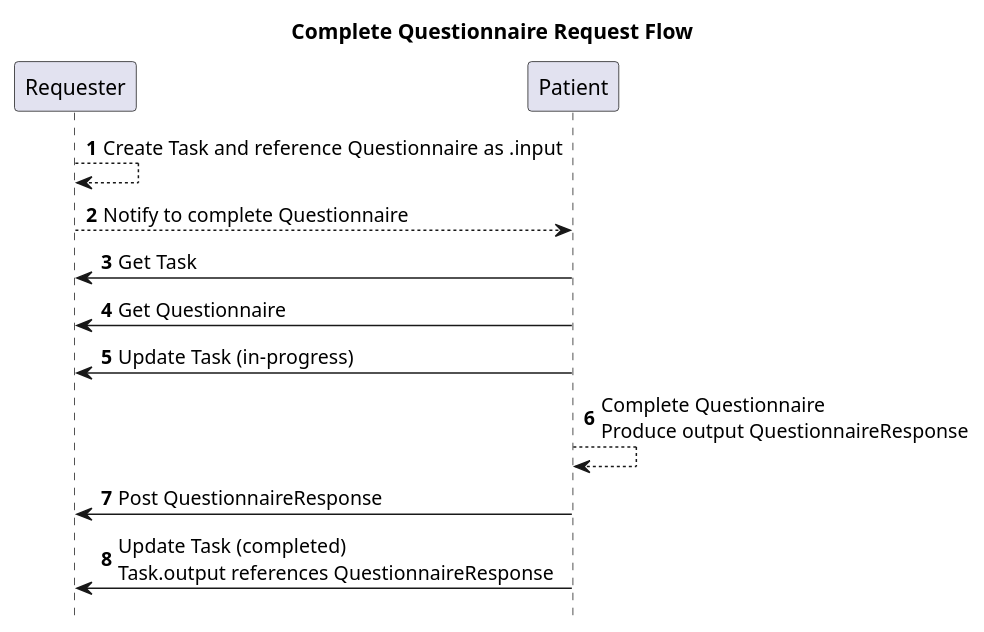
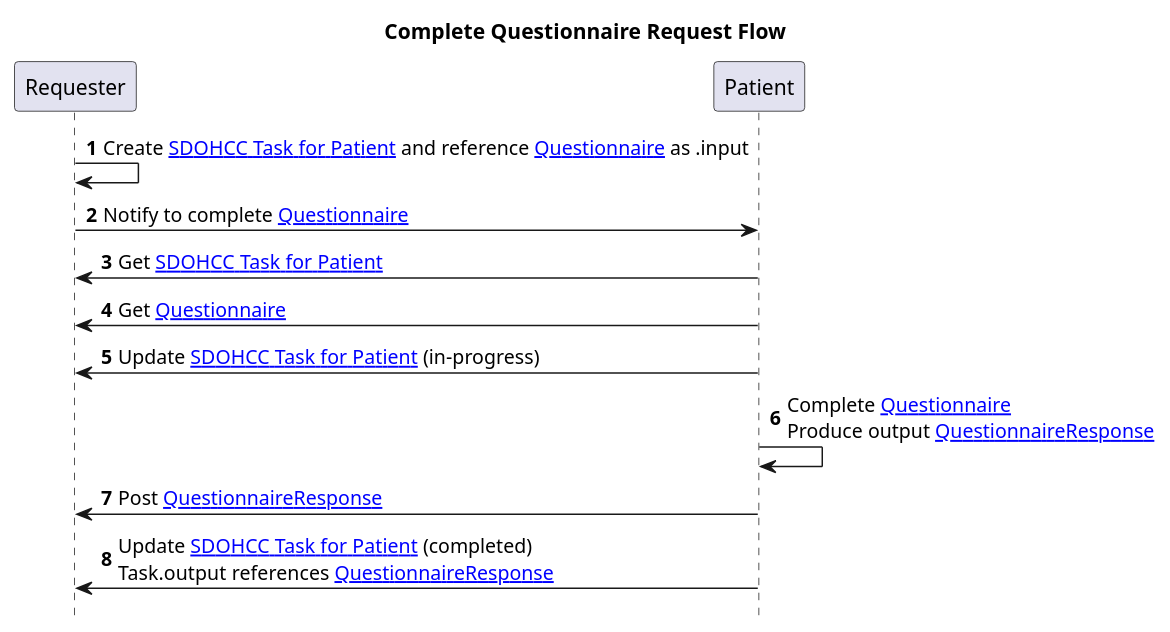
The diagram in input/images-source/CompleteQuestionnaireRequest.plantuml (HL7/fhir-sdoh-clinicalcare), drawn with PlantUML before and after one commit. The commit also changed 21 other files, not shown here.

Commit message:
Additional Diagram updates

```diff
--- a/input/images-source/CompleteQuestionnaireRequest.plantuml
+++ b/input/images-source/CompleteQuestionnaireRequest.plantuml
@@ -1,19 +1,19 @@
 @startuml
 /'!theme bluegray'/
 title Complete Questionnaire Request Flow
 
 participant "Requester" as A
 participant "Patient" as B
 
 autonumber
-A --> A : Create Task and reference Questionnaire as .input
-A --> B : Notify to complete Questionnaire
-A <- B : Get Task
-A <- B : Get Questionnaire
-A <- B : Update Task (in-progress)
-B --> B : Complete Questionnaire\nProduce output QuestionnaireResponse
-A <- B : Post QuestionnaireResponse
-A <- B : Update Task (completed)\nTask.output references QuestionnaireResponse
+A -> A : Create [[StructureDefinition-SDOHCC-TaskForPatient.html SDOHCC Task for Patient]] and reference [[https://hl7.org/fhir/R4/questionnaire.html Questionnaire]] as .input
+A -> B : Notify to complete [[https://hl7.org/fhir/R4/questionnaire.html Questionnaire]]
+A <- B : Get [[StructureDefinition-SDOHCC-TaskForPatient.html SDOHCC Task for Patient]]
+A <- B : Get [[https://hl7.org/fhir/R4/questionnaire.html Questionnaire]]
+A <- B : Update [[StructureDefinition-SDOHCC-TaskForPatient.html SDOHCC Task for Patient]] (in-progress)
+B -> B : Complete [[https://hl7.org/fhir/R4/questionnaire.html Questionnaire]]\nProduce output [[https://hl7.org/fhir/R4/questionnaireresponse.html QuestionnaireResponse]]
+A <- B : Post [[https://hl7.org/fhir/R4/questionnaireresponse.html QuestionnaireResponse]]
+A <- B : Update [[StructureDefinition-SDOHCC-TaskForPatient.html SDOHCC Task for Patient]] (completed)\nTask.output references [[https://hl7.org/fhir/R4/questionnaireresponse.html QuestionnaireResponse]]
 hide footbox
 
 @enduml
```
